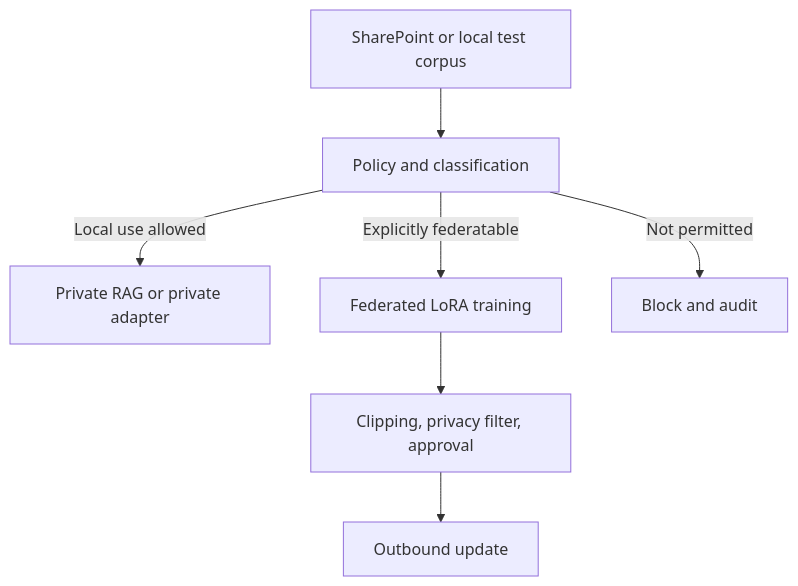
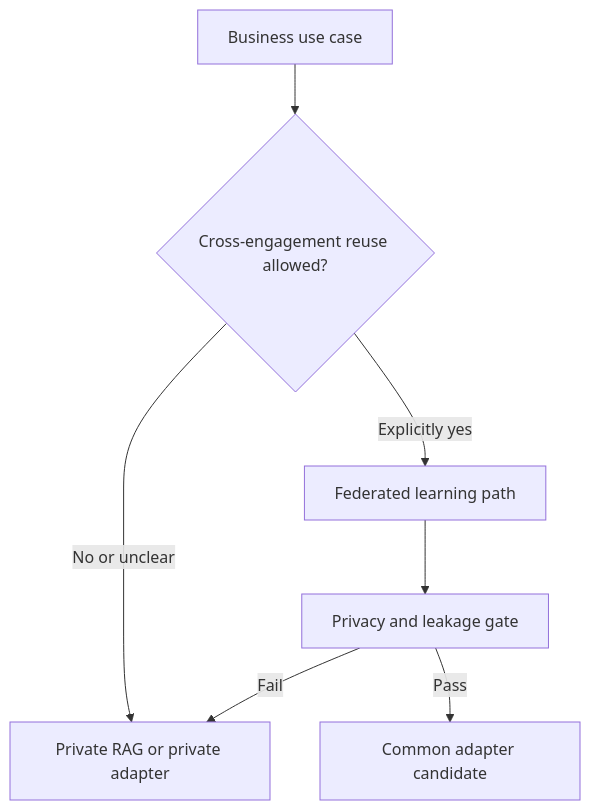
Before and after one commit to ofunk-nvidia/Federated: the second of 2 diagrams in README.md, drawn with Mermaid. The commit also changed other lines of this file and 15 other files, not shown here.

````diff
--- a/README.md
+++ b/README.md
@@ -150,9 +55,9 @@
 ```mermaid
-flowchart TB
-    S["SharePoint or local test corpus"] --> P["Policy and classification"]
-    P -->|"Local use allowed"| R["Private RAG or private adapter"]
-    P -->|"Explicitly federatable"| F["Federated LoRA training"]
-    P -->|"Not permitted"| X["Block and audit"]
-    F --> Q["Clipping, privacy filter, approval"]
-    Q --> U["Outbound update"]
+flowchart TD
+    A["Business use case"] --> B{"Cross-engagement reuse allowed?"}
+    B -->|"No or unclear"| C["Private RAG or private adapter"]
+    B -->|"Explicitly yes"| D["Federated learning path"]
+    D --> E["Privacy and leakage gate"]
+    E -->|"Pass"| F["Common adapter candidate"]
+    E -->|"Fail"| C
 ```
````
